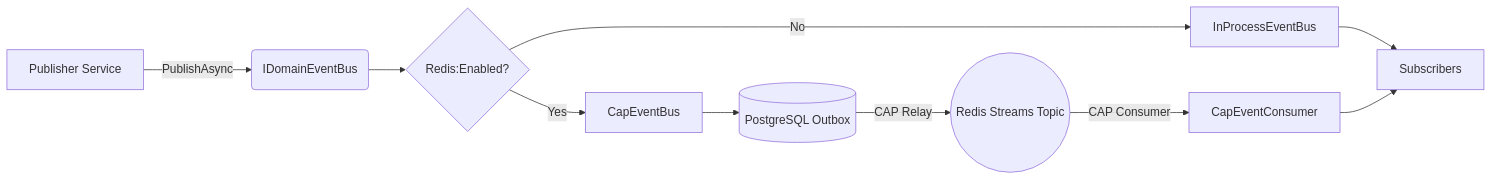
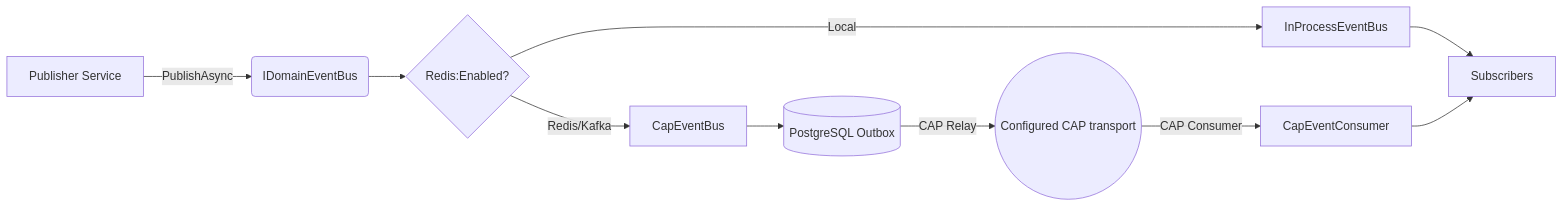
The second of 3 diagrams in docs/docs.md (cpp20120/GameShiz), drawn with Mermaid before and after one commit. The commit also changed other lines of this file and 87 other files, not shown here.

````diff
--- a/docs/docs.md
+++ b/docs/docs.md
@@ -253,14 +253,14 @@
 ```mermaid
 flowchart LR
     A[Publisher Service] -->|PublishAsync| B(IDomainEventBus)
     B --> C{Redis:Enabled?}
     
-    C -- No --> D[InProcessEventBus]
+    C -- Local --> D[InProcessEventBus]
     D --> E[Subscribers]
     
-    C -- Yes --> F[CapEventBus]
+    C -- Redis/Kafka --> F[CapEventBus]
     F --> G[(PostgreSQL Outbox)]
-    G -->|CAP Relay| H((Redis Streams Topic))
+    G -->|CAP Relay| H((Configured CAP transport))
     H -->|CAP Consumer| I[CapEventConsumer]
     I --> E
 ```
````
